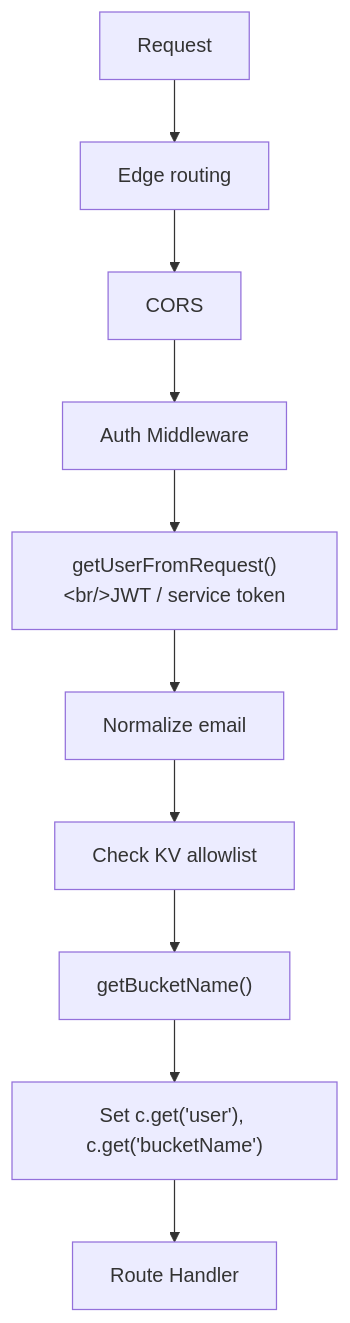
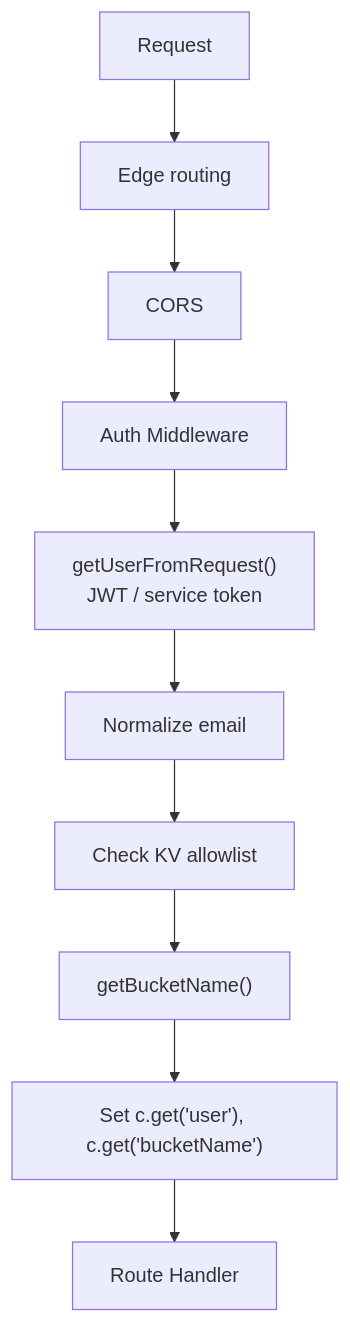
Diagram 11 of 12 in TECHNICAL.md (nikolanovoselec/codeflare), drawn with Mermaid before and after one commit. The commit also changed other lines of this file, not shown here.

````diff
--- a/TECHNICAL.md
+++ b/TECHNICAL.md
@@ -559,12 +579,12 @@
 ```mermaid
 flowchart TD
     A[Request] --> B[Edge routing]
     B --> C[CORS]
     C --> D[Auth Middleware]
-    D --> E["getUserFromRequest()&lt;br/&gt;JWT / service token"]
+    D --> E["getUserFromRequest()<br/>JWT / service token"]
     E --> F[Normalize email]
     F --> G[Check KV allowlist]
     G --> H["getBucketName()"]
     H --> I["Set c.get('user'), c.get('bucketName')"]
     I --> J[Route Handler]
 ```
````
